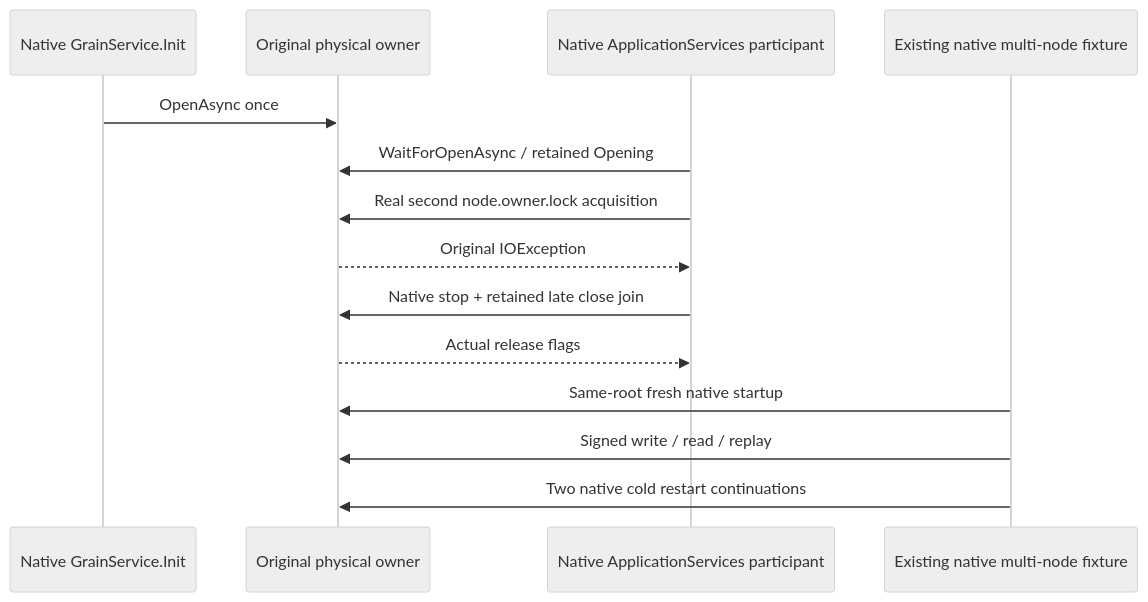
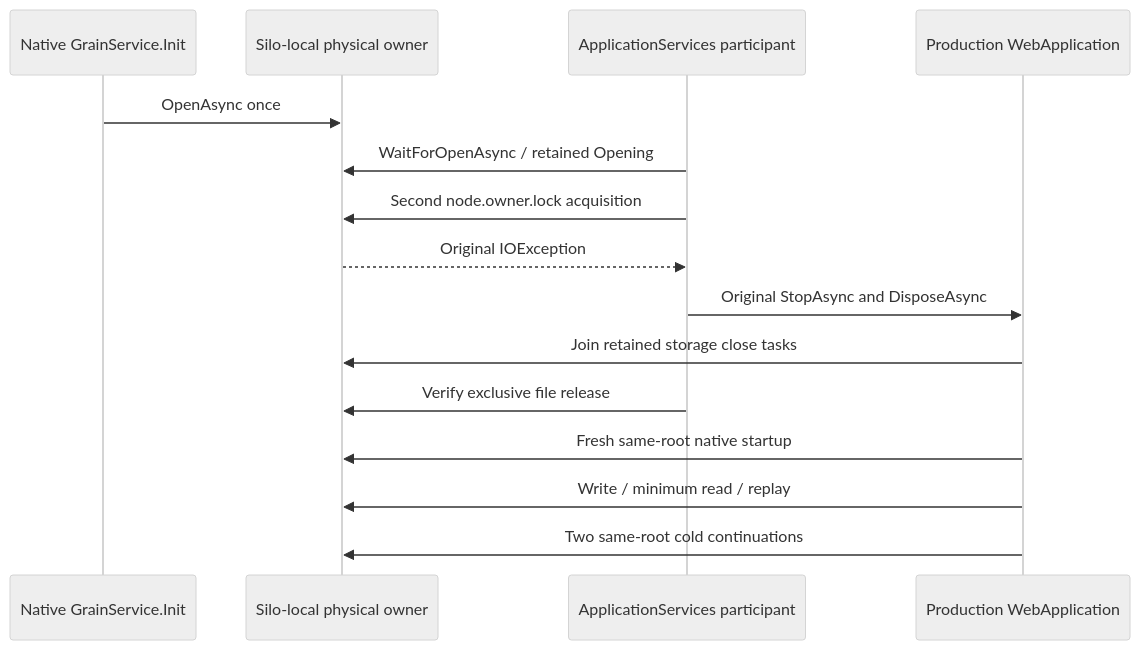
One commit to managedcode/KeyLoad changed the diagram in docs/Features/StorageRecovery/PartitionStorageNativeStartup.md. Above: the diagram before and after it, drawn with Mermaid (neutral theme). The commit also changed other lines of this file and 38 other files, not shown here.

First line of the commit message:
Share the production Orleans fixture through the recovery test assembly

````diff
--- a/docs/Features/StorageRecovery/PartitionStorageNativeStartup.md
+++ b/docs/Features/StorageRecovery/PartitionStorageNativeStartup.md
@@ -13,16 +45,17 @@
 ```mermaid
 sequenceDiagram
     participant GS as Native GrainService.Init
-    participant Owner as Original physical owner
-    participant Trial as Native ApplicationServices participant
-    participant Group as Existing native multi-node fixture
+    participant Owner as Silo-local physical owner
+    participant Trial as ApplicationServices participant
+    participant App as Production WebApplication
     GS->>Owner: OpenAsync once
     Trial->>Owner: WaitForOpenAsync / retained Opening
-    Trial->>Owner: Real second node.owner.lock acquisition
+    Trial->>Owner: Second node.owner.lock acquisition
     Owner-->>Trial: Original IOException
-    Trial->>Owner: Native stop + retained late close join
-    Owner-->>Trial: Actual release flags
-    Group->>Owner: Same-root fresh native startup
-    Group->>Owner: Signed write / read / replay
-    Group->>Owner: Two native cold restart continuations
+    Trial->>App: Original StopAsync and DisposeAsync
+    App->>Owner: Join retained storage close tasks
+    Trial->>Owner: Verify exclusive file release
+    App->>Owner: Fresh same-root native startup
+    App->>Owner: Write / minimum read / replay
+    App->>Owner: Two same-root cold continuations
 ```
````
